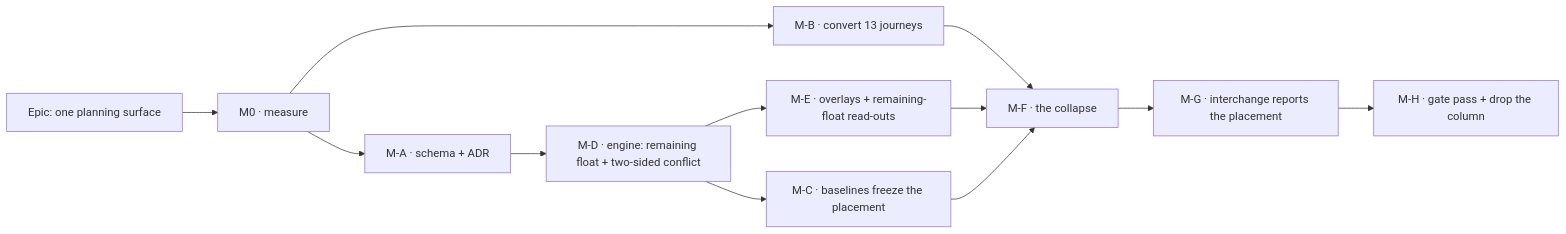
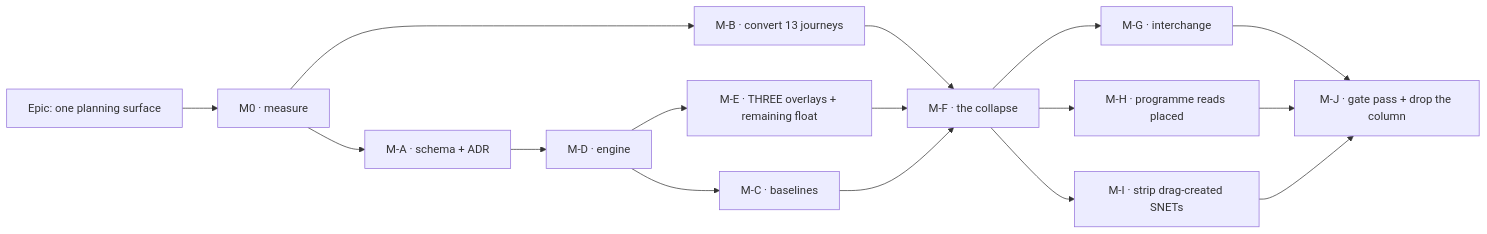
Before and after one commit to HuttonHomeHub/SchedulePoint_1: the diagram in docs/specs/one-planning-surface/implementation-plan.md, drawn with Mermaid. The commit also changed other lines of this file and 2 other files, not shown here.

````diff
--- a/docs/specs/one-planning-surface/implementation-plan.md
+++ b/docs/specs/one-planning-surface/implementation-plan.md
@@ -13,14 +17,18 @@
 ```mermaid
 flowchart LR
   E["Epic: one planning surface"] --> M0["M0 · measure"]
   M0 --> MA["M-A · schema + ADR"]
   M0 --> MB["M-B · convert 13 journeys"]
-  MA --> MD["M-D · engine: remaining float + two-sided conflict"]
-  MD --> MC["M-C · baselines freeze the placement"]
-  MD --> ME["M-E · overlays + remaining-float read-outs"]
+  MA --> MD["M-D · engine"]
+  MD --> MC["M-C · baselines"]
+  MD --> ME["M-E · THREE overlays + remaining float"]
   MB --> MF["M-F · the collapse"]
   ME --> MF
   MC --> MF
-  MF --> MG["M-G · interchange reports the placement"]
-  MG --> MH["M-H · gate pass + drop the column"]
+  MF --> MG["M-G · interchange"]
+  MF --> MH["M-H · programme reads placed"]
+  MF --> MI["M-I · strip drag-created SNETs"]
+  MG --> MJ["M-J · gate pass + drop the column"]
+  MH --> MJ
+  MI --> MJ
 ```
````
